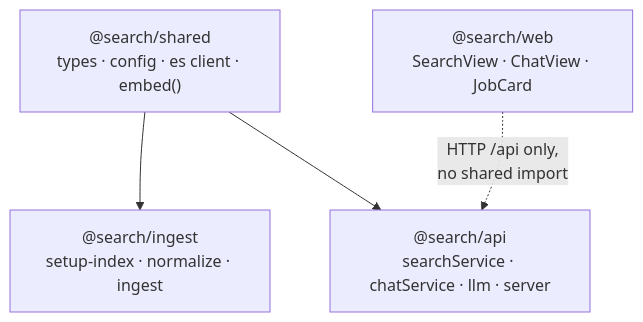
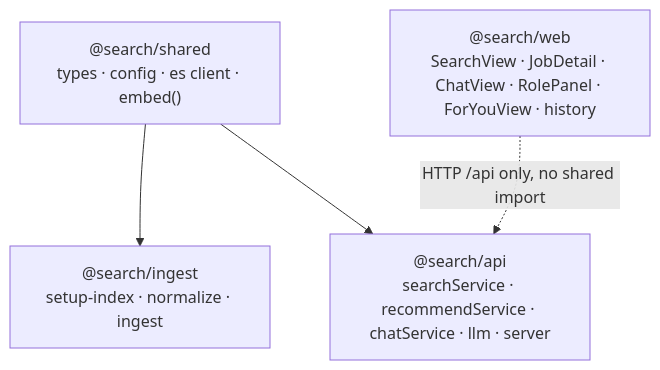
Before and after one commit to benoitquette/conversational-job-search-poc: the second of 9 diagrams in ARCHITECTURE.md, drawn with Mermaid. The commit also changed other lines of this file and 3 other files, not shown here.

````diff
--- a/ARCHITECTURE.md
+++ b/ARCHITECTURE.md
@@ -44,11 +44,11 @@
 ```mermaid
 flowchart TD
   shared["@search/shared\ntypes · config · es client · embed()"]
   ingest["@search/ingest\nsetup-index · normalize · ingest"]
-  api["@search/api\nsearchService · chatService · llm · server"]
-  web["@search/web\nSearchView · ChatView · JobCard"]
+  api["@search/api\nsearchService · recommendService · chatService · llm · server"]
+  web["@search/web\nSearchView · JobDetail · ChatView · RolePanel · ForYouView · history"]
 
   shared --> ingest
   shared --> api
-  web -.->|HTTP /api only,\nno shared import| api
+  web -.->|HTTP /api only, no shared import| api
 ```
````
